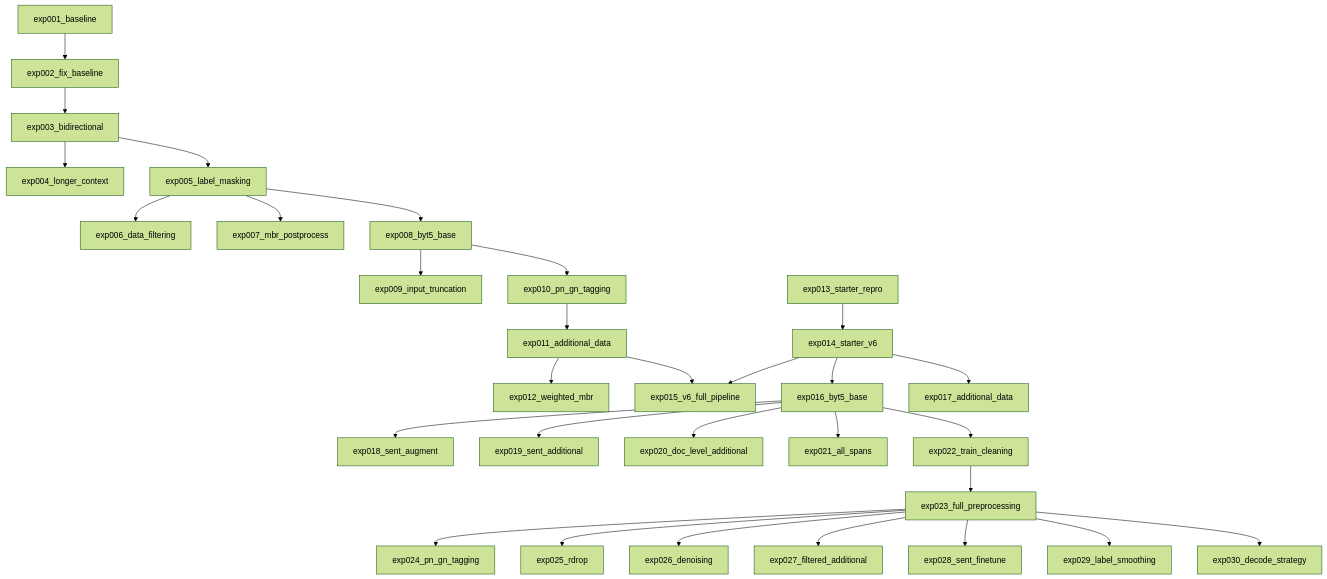
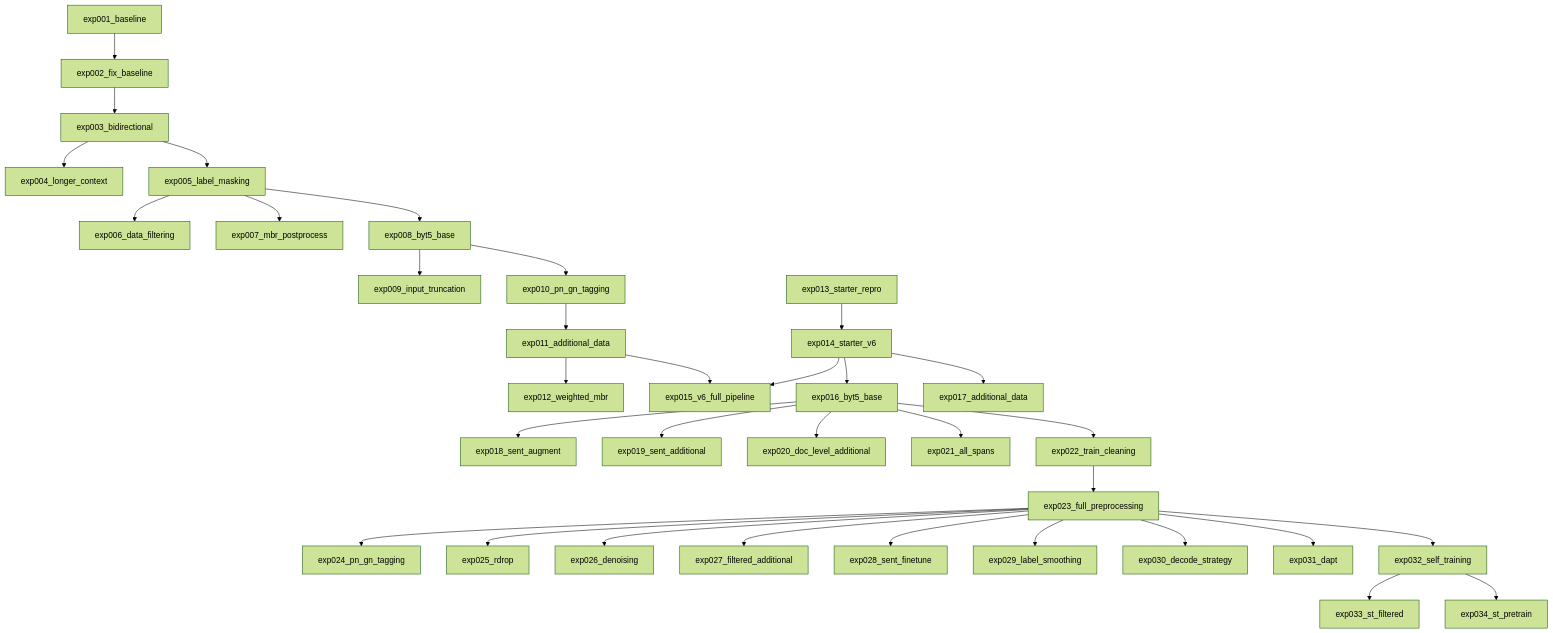
Before and after one commit to root4kaido/Akkadian: the diagram in workspace/experiment_summary.md, drawn with Mermaid (forest theme). The commit also changed other lines of this file and 50 other files, not shown here.

````diff
--- a/workspace/experiment_summary.md
+++ b/workspace/experiment_summary.md
@@ -5,34 +5,38 @@
 ```mermaid
 graph TD
     exp001[exp001_baseline]
     exp001 --> exp002[exp002_fix_baseline]
     exp002 --> exp003[exp003_bidirectional]
     exp003 --> exp004[exp004_longer_context]
     exp003 --> exp005[exp005_label_masking]
     exp005 --> exp006[exp006_data_filtering]
     exp005 --> exp007[exp007_mbr_postprocess]
     exp005 --> exp008[exp008_byt5_base]
     exp008 --> exp009[exp009_input_truncation]
     exp008 --> exp010[exp010_pn_gn_tagging]
     exp010 --> exp011[exp011_additional_data]
     exp011 --> exp012[exp012_weighted_mbr]
     exp013[exp013_starter_repro]
     exp013 --> exp014[exp014_starter_v6]
     exp014 --> exp015[exp015_v6_full_pipeline]
     exp011 --> exp015
     exp014 --> exp016[exp016_byt5_base]
     exp014 --> exp017[exp017_additional_data]
     exp016 --> exp018[exp018_sent_augment]
     exp016 --> exp019[exp019_sent_additional]
     exp016 --> exp020[exp020_doc_level_additional]
     exp016 --> exp021[exp021_all_spans]
     exp016 --> exp022[exp022_train_cleaning]
     exp022 --> exp023[exp023_full_preprocessing]
     exp023 --> exp024[exp024_pn_gn_tagging]
     exp023 --> exp025[exp025_rdrop]
     exp023 --> exp026[exp026_denoising]
     exp023 --> exp027[exp027_filtered_additional]
     exp023 --> exp028[exp028_sent_finetune]
     exp023 --> exp029[exp029_label_smoothing]
     exp023 --> exp030[exp030_decode_strategy]
+    exp023 --> exp031[exp031_dapt]
+    exp023 --> exp032[exp032_self_training]
+    exp032 --> exp033[exp033_st_filtered]
+    exp032 --> exp034[exp034_st_pretrain]
 ```
````
